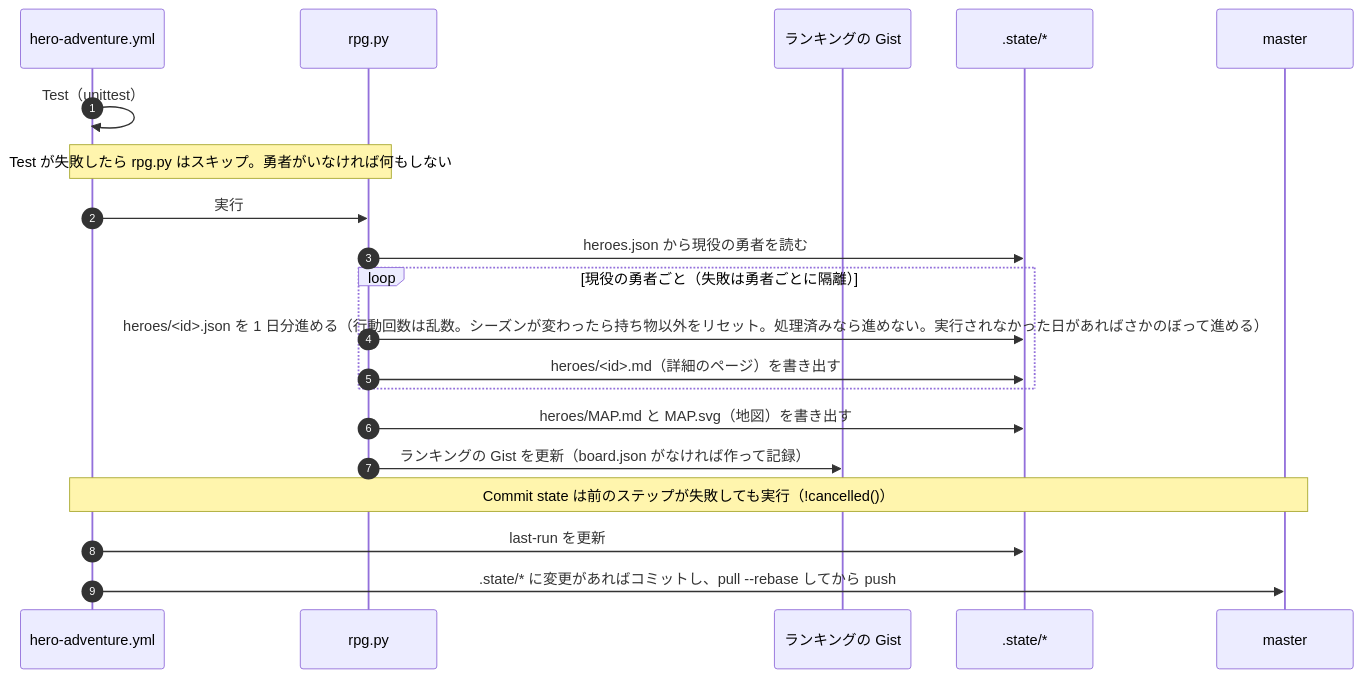
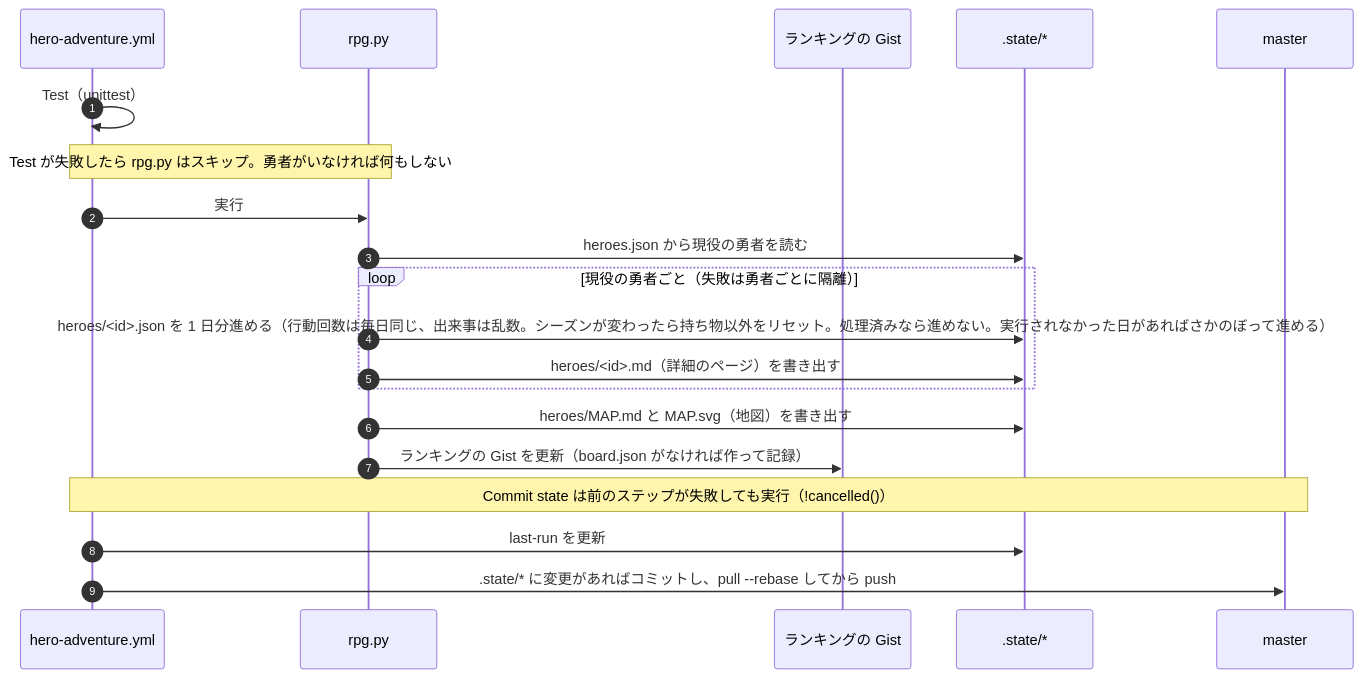
The second of 3 diagrams in docs/DATA_FLOW.md (ot-nemoto/cryepis), drawn with Mermaid before and after one commit. The commit also changed 9 other files, not shown here.

````diff
--- a/docs/DATA_FLOW.md
+++ b/docs/DATA_FLOW.md
@@ -72,23 +72,23 @@
 ```mermaid
 sequenceDiagram
     autonumber
     participant WF as hero-adventure.yml
     participant RP as rpg.py
     participant G as ランキングの Gist
     participant S as .state/*
     participant M as master
 
     WF->>WF: Test（unittest）
     Note over WF,RP: Test が失敗したら rpg.py はスキップ。勇者がいなければ何もしない
     WF->>RP: 実行
     RP->>S: heroes.json から現役の勇者を読む
     loop 現役の勇者ごと（失敗は勇者ごとに隔離）
-        RP->>S: heroes/<id>.json を 1 日分進める（行動回数は乱数。シーズンが変わったら持ち物以外をリセット。処理済みなら進めない。実行されなかった日があればさかのぼって進める）
+        RP->>S: heroes/<id>.json を 1 日分進める（行動回数は毎日同じ、出来事は乱数。シーズンが変わったら持ち物以外をリセット。処理済みなら進めない。実行されなかった日があればさかのぼって進める）
         RP->>S: heroes/<id>.md（詳細のページ）を書き出す
     end
     RP->>S: heroes/MAP.md と MAP.svg（地図）を書き出す
     RP->>G: ランキングの Gist を更新（board.json がなければ作って記録）
     Note over WF,M: Commit state は前のステップが失敗しても実行（!cancelled()）
     WF->>S: last-run を更新
     WF->>M: .state/* に変更があればコミットし、pull --rebase してから push
 ```
````
